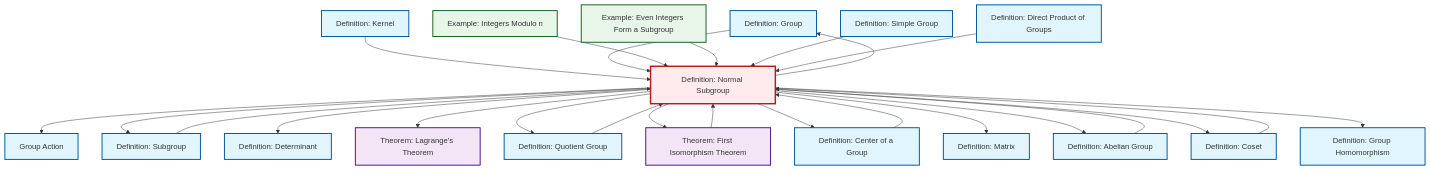
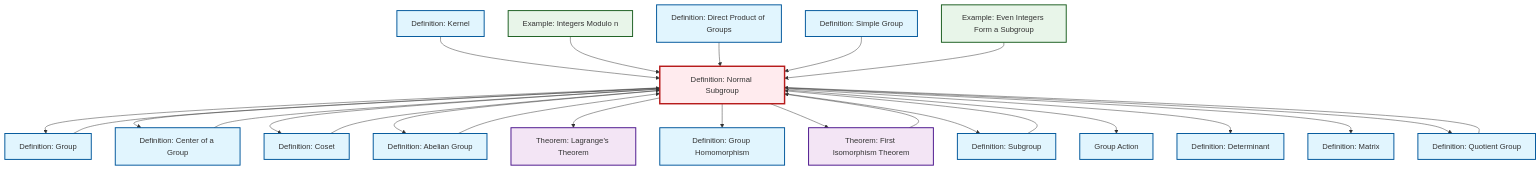
The diagram in content/en/algebra/def-normal-subgroup.qmd (RK0429/ModernMath), drawn with Mermaid before and after one commit. The commit also changed other lines of this file and 654 other files, not shown here.

````diff
--- a/content/en/algebra/def-normal-subgroup.qmd
+++ b/content/en/algebra/def-normal-subgroup.qmd
@@ -96,69 +96,69 @@
 ```{mermaid}
 %%| fig-cap: "Local dependency graph"
 graph TD
     classDef definition fill:#e1f5fe,stroke:#01579b,stroke-width:2px
     classDef theorem fill:#f3e5f5,stroke:#4a148c,stroke-width:2px
     classDef axiom fill:#fff3e0,stroke:#e65100,stroke-width:2px
     classDef example fill:#e8f5e9,stroke:#1b5e20,stroke-width:2px
     classDef current fill:#ffebee,stroke:#b71c1c,stroke-width:3px
-    def-group["Definition: Group"]:::definition
-    def-abelian-group["Definition: Abelian Group"]:::definition
-    thm-lagrange["Theorem: Lagrange's Theorem"]:::theorem
+    ex-even-integers-subgroup["Example: Even Integers Form a Subgroup"]:::example
+    def-coset["Definition: Coset"]:::definition
     def-simple-group["Definition: Simple Group"]:::definition
     def-center-of-group["Definition: Center of a Group"]:::definition
+    def-determinant["Definition: Determinant"]:::definition
+    def-group["Definition: Group"]:::definition
+    def-matrix["Definition: Matrix"]:::definition
     def-quotient-group["Definition: Quotient Group"]:::definition
+    thm-first-isomorphism["Theorem: First Isomorphism Theorem"]:::theorem
     def-subgroup["Definition: Subgroup"]:::definition
+    thm-lagrange["Theorem: Lagrange's Theorem"]:::theorem
+    def-kernel["Definition: Kernel"]:::definition
+    def-direct-product["Definition: Direct Product of Groups"]:::definition
+    def-homomorphism["Definition: Group Homomorphism"]:::definition
     def-normal-subgroup["Definition: Normal Subgroup"]:::definition
-    ex-even-integers-subgroup["Example: Even Integers Form a Subgroup"]:::example
-    def-direct-product["Definition: Direct Product of Groups"]:::definition
+    def-abelian-group["Definition: Abelian Group"]:::definition
+    def-group-action["Group Action"]:::definition
     ex-quotient-integers-mod-n["Example: Integers Modulo n"]:::example
-    def-determinant["Definition: Determinant"]:::definition
-    def-group-action["Group Action"]:::definition
-    def-kernel["Definition: Kernel"]:::definition
-    def-homomorphism["Definition: Group Homomorphism"]:::definition
-    def-coset["Definition: Coset"]:::definition
-    def-matrix["Definition: Matrix"]:::definition
-    thm-first-isomorphism["Theorem: First Isomorphism Theorem"]:::theorem
+    def-normal-subgroup --> def-group
+    def-kernel --> def-normal-subgroup
+    def-coset --> def-normal-subgroup
+    def-normal-subgroup --> def-center-of-group
+    def-normal-subgroup --> def-coset
+    def-quotient-group --> def-normal-subgroup
+    def-normal-subgroup --> def-abelian-group
+    def-normal-subgroup --> thm-lagrange
+    def-group --> def-normal-subgroup
+    ex-quotient-integers-mod-n --> def-normal-subgroup
+    def-subgroup --> def-normal-subgroup
+    def-direct-product --> def-normal-subgroup
+    def-simple-group --> def-normal-subgroup
+    def-normal-subgroup --> def-homomorphism
+    def-normal-subgroup --> thm-first-isomorphism
+    def-normal-subgroup --> def-subgroup
+    def-abelian-group --> def-normal-subgroup
     def-normal-subgroup --> def-group-action
-    def-normal-subgroup --> def-group
-    def-subgroup --> def-normal-subgroup
-    def-kernel --> def-normal-subgroup
-    def-group --> def-normal-subgroup
-    def-normal-subgroup --> def-subgroup
     def-normal-subgroup --> def-determinant
-    def-normal-subgroup --> thm-lagrange
-    def-coset --> def-normal-subgroup
-    def-quotient-group --> def-normal-subgroup
-    ex-quotient-integers-mod-n --> def-normal-subgroup
+    thm-first-isomorphism --> def-normal-subgroup
     ex-even-integers-subgroup --> def-normal-subgroup
+    def-center-of-group --> def-normal-subgroup
+    def-normal-subgroup --> def-matrix
     def-normal-subgroup --> def-quotient-group
-    def-normal-subgroup --> thm-first-isomorphism
-    def-abelian-group --> def-normal-subgroup
-    thm-first-isomorphism --> def-normal-subgroup
-    def-normal-subgroup --> def-center-of-group
-    def-normal-subgroup --> def-matrix
-    def-normal-subgroup --> def-abelian-group
-    def-simple-group --> def-normal-subgroup
-    def-normal-subgroup --> def-coset
-    def-center-of-group --> def-normal-subgroup
-    def-direct-product --> def-normal-subgroup
-    def-normal-subgroup --> def-homomorphism
     class def-normal-subgroup current
-    click def-group "def-group.html" "Go to Group definition"
-    click def-abelian-group "def-abelian-group.html" "Go to Abelian Group definition"
-    click thm-lagrange "thm-lagrange.html" "Go to Lagrange's Theorem theorem"
+    click ex-even-integers-subgroup "ex-even-integers-subgroup.html" "Go to Even Integers Form a Subgroup example"
+    click def-coset "def-coset.html" "Go to Coset definition"
     click def-simple-group "def-simple-group.html" "Go to Simple Group definition"
     click def-center-of-group "def-center-of-group.html" "Go to Center of a Group definition"
+    click def-determinant "def-determinant.html" "Go to Determinant definition"
+    click def-group "def-group.html" "Go to Group definition"
+    click def-matrix "def-matrix.html" "Go to Matrix definition"
     click def-quotient-group "def-quotient-group.html" "Go to Quotient Group definition"
+    click thm-first-isomorphism "thm-first-isomorphism.html" "Go to First Isomorphism Theorem theorem"
     click def-subgroup "def-subgroup.html" "Go to Subgroup definition"
-    click ex-even-integers-subgroup "ex-even-integers-subgroup.html" "Go to Even Integers Form a Subgroup example"
+    click thm-lagrange "thm-lagrange.html" "Go to Lagrange's Theorem theorem"
+    click def-kernel "def-kernel.html" "Go to Kernel definition"
     click def-direct-product "def-direct-product.html" "Go to Direct Product of Groups definition"
+    click def-homomorphism "def-homomorphism.html" "Go to Group Homomorphism definition"
+    click def-abelian-group "def-abelian-group.html" "Go to Abelian Group definition"
+    click def-group-action "def-group-action.html" "Go to Group Action"
     click ex-quotient-integers-mod-n "ex-quotient-integers-mod-n.html" "Go to Integers Modulo n example"
-    click def-determinant "def-determinant.html" "Go to Determinant definition"
-    click def-group-action "def-group-action.html" "Go to Group Action"
-    click def-kernel "def-kernel.html" "Go to Kernel definition"
-    click def-homomorphism "def-homomorphism.html" "Go to Group Homomorphism definition"
-    click def-coset "def-coset.html" "Go to Coset definition"
-    click def-matrix "def-matrix.html" "Go to Matrix definition"
-    click thm-first-isomorphism "thm-first-isomorphism.html" "Go to First Isomorphism Theorem theorem"
 ```
````
